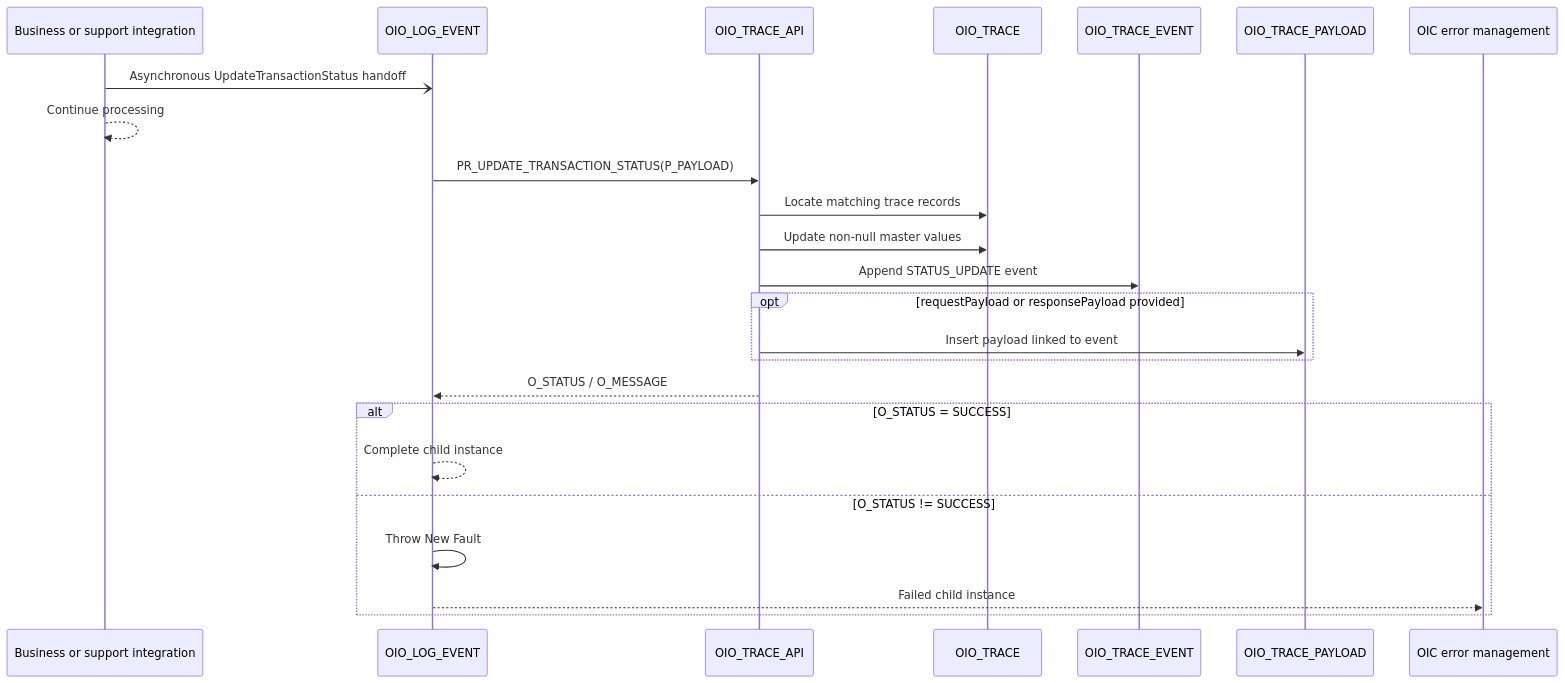
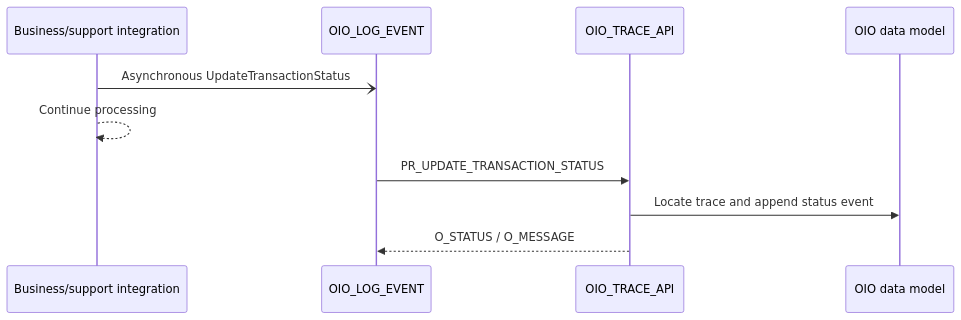
Before and after one commit to lucianosilva/oracle-integration-observability: the third of 4 diagrams in docs/architecture.md, drawn with Mermaid. The commit also changed other lines of this file and 4 other files, not shown here.

````diff
--- a/docs/architecture.md
+++ b/docs/architecture.md
@@ -270,27 +113,13 @@
 ```mermaid
 sequenceDiagram
-    participant Parent as Business or support integration
+    participant Parent as Business/support integration
     participant Logger as OIO_LOG_EVENT
     participant API as OIO_TRACE_API
-    participant TRC as OIO_TRACE
-    participant EVT as OIO_TRACE_EVENT
-    participant PAY as OIO_TRACE_PAYLOAD
-    participant EM as OIC error management
+    participant DB as OIO data model
 
-    Parent-)Logger: Asynchronous UpdateTransactionStatus handoff
+    Parent-)Logger: Asynchronous UpdateTransactionStatus
     Parent-->>Parent: Continue processing
-    Logger->>API: PR_UPDATE_TRANSACTION_STATUS(P_PAYLOAD)
-    API->>TRC: Locate matching trace records
-    API->>TRC: Update non-null master values
-    API->>EVT: Append STATUS_UPDATE event
-    opt requestPayload or responsePayload provided
-        API->>PAY: Insert payload linked to event
-    end
+    Logger->>API: PR_UPDATE_TRANSACTION_STATUS
+    API->>DB: Locate trace and append status event
     API-->>Logger: O_STATUS / O_MESSAGE
-    alt O_STATUS = SUCCESS
-        Logger-->>Logger: Complete child instance
-    else O_STATUS != SUCCESS
-        Logger->>Logger: Throw New Fault
-        Logger-->>EM: Failed child instance
-    end
 ```
````
